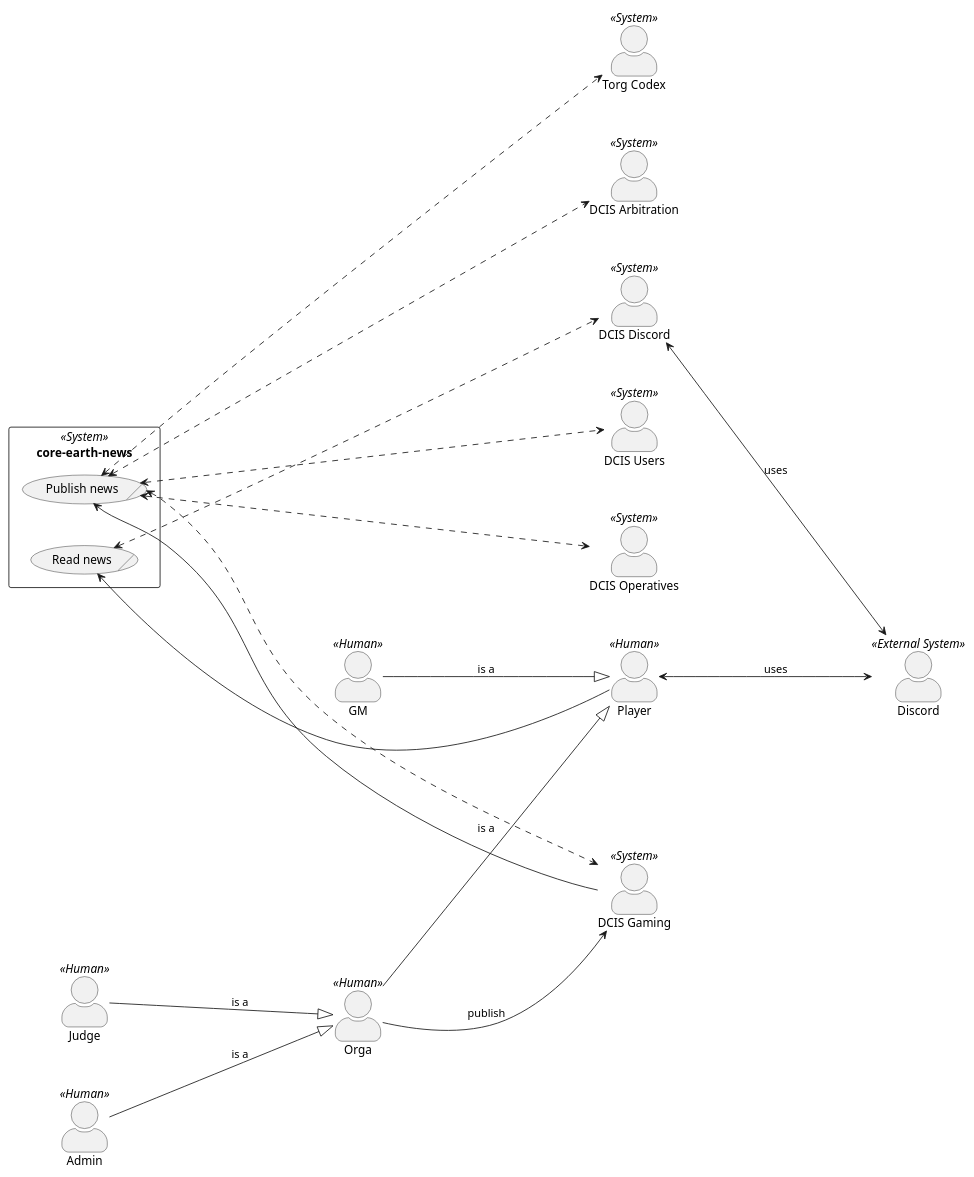
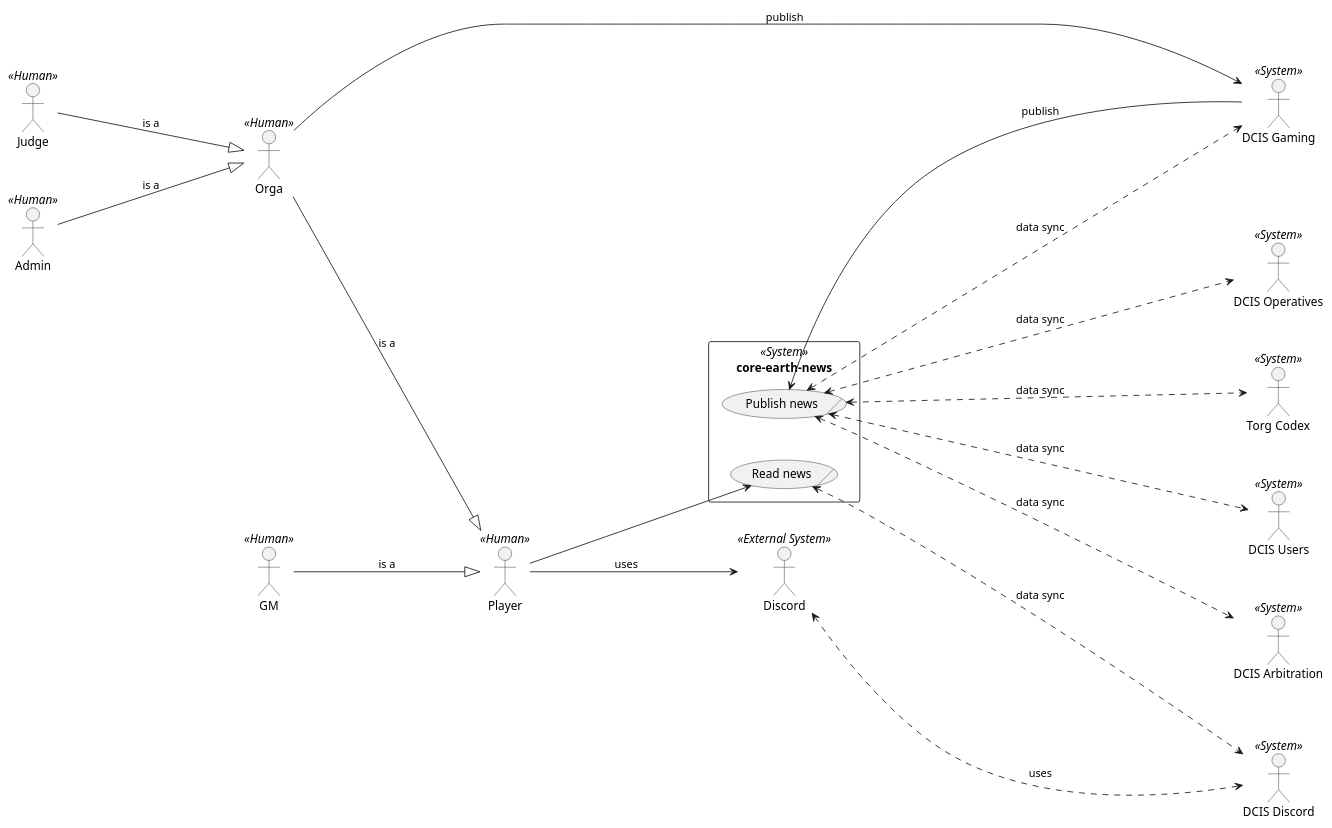
One commit to Paladins-Inn/torganized-play-architecture changed the diagram in src/main/docs/architecture/modules/arc42/pages/05_building_block_view/level_1/core-earth-news.puml. Above: the diagram before and after it, drawn with PlantUML. The commit also changed 1 other file, not shown here.

Commit message:
trying to make it work. The plantuml code works on the web interfaces but not on plantuml within antora :-(

```diff
--- a/src/main/docs/architecture/modules/arc42/pages/05_building_block_view/level_1/core-earth-news.puml
+++ b/src/main/docs/architecture/modules/arc42/pages/05_building_block_view/level_1/core-earth-news.puml
@@ -1,50 +1,49 @@
 @startuml
 left to right direction
-skinparam actorStyle awesome
 skinparam nodesep 50
 skinparam ranksep 200
 
 together {
   Player << Human >> as user
   GM << Human >> as gm
   :Discord: as discord << External System >>
 }
 
 together {
   Judge << Human >> as judge
   Orga << Human >> as orga
   Admin << Human >> as admin
 }
 
 gm --|> user : is a
 orga --|> user : is a
 
 judge --|> orga : is a
 admin --|> orga : is a
 
 rectangle :core-earth-news: as cen << System >> {
   usecase (Read news)/ as ucRead
   usecase (Publish news)/ as ucPublish
 }
 
 :DCIS Users: as dcisUsers << System >>
 :DCIS Operatives: as dcisOperatives << System >>
 :DCIS Gaming: as dcisGaming << System >>
 :Torg Codex: as codex << System>>
 :DCIS Arbitration: as dcisArbitration << System>>
 :DCIS Discord: as dcisDiscord << System >>
 
-user <--> discord : uses
+user --> discord : uses
+discord <-.-> dcisDiscord : uses
+
 user --> ucRead
 orga --> dcisGaming : publish
-ucPublish <-- dcisGaming
+ucPublish <-- dcisGaming : publish
 
-ucRead <-.-> dcisDiscord
-ucPublish <-.-> dcisUsers
-ucPublish <-.-> dcisOperatives
-ucPublish <-.-> dcisGaming
-ucPublish <-.-> codex
-ucPublish <-.-> dcisArbitration
-
-dcisDiscord <--> discord : uses
+ucRead <-.-> dcisDiscord : data sync
+ucPublish <-.-> dcisUsers : data sync
+ucPublish <-.-> dcisOperatives : data sync
+ucPublish <-.-> dcisGaming : data sync
+ucPublish <-.-> codex : data sync
+ucPublish <-.-> dcisArbitration : data sync
 @enduml
```
